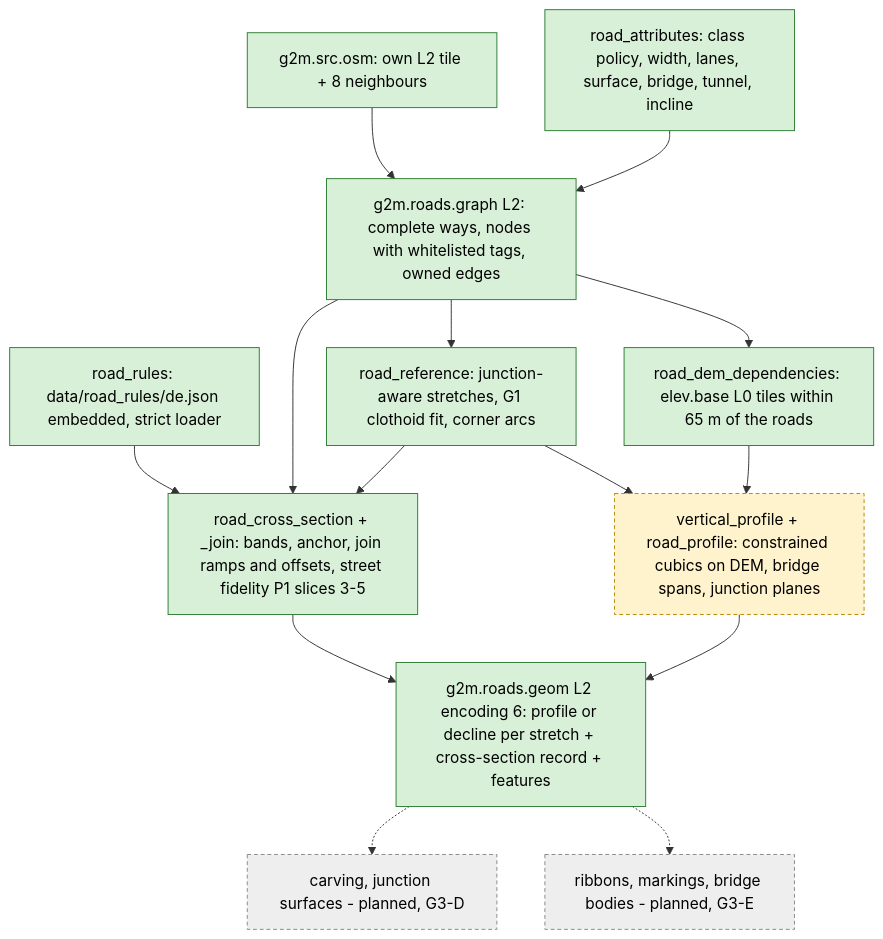
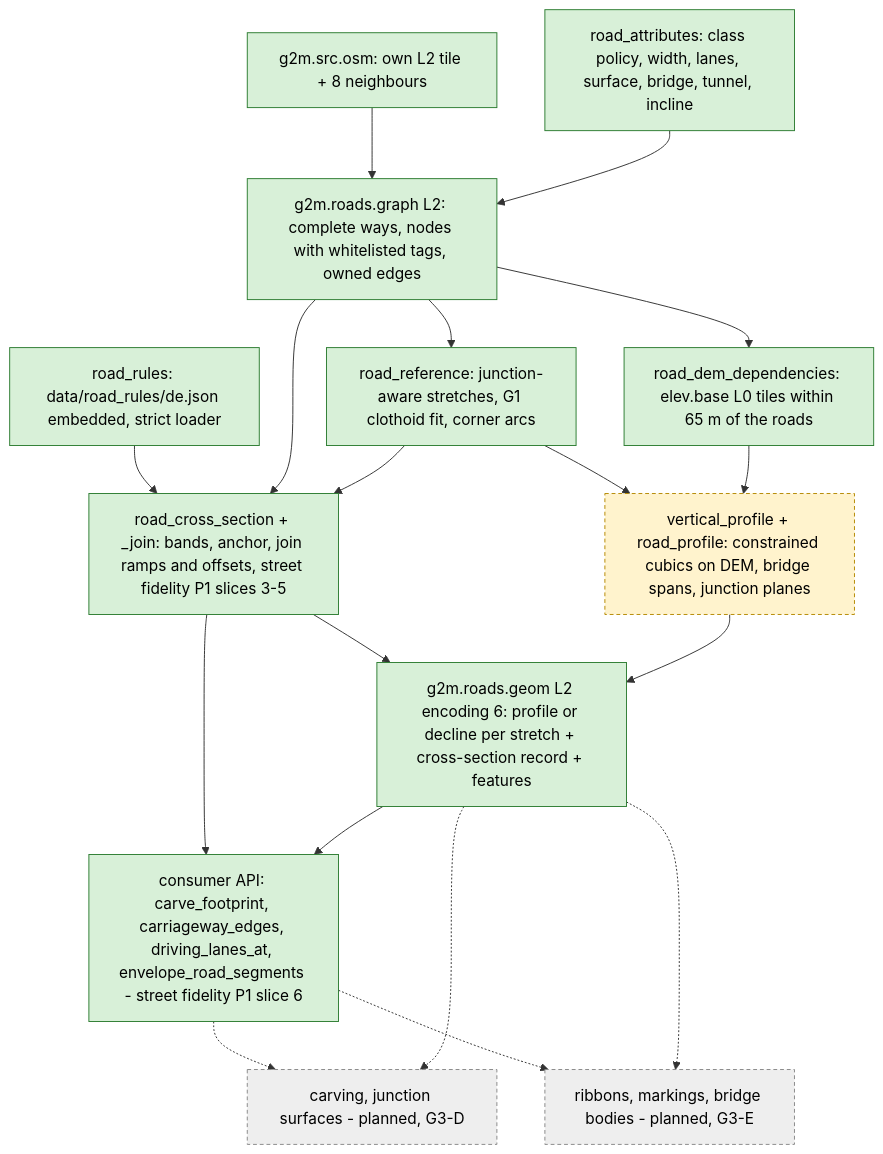
One commit to SebastianDanielFrenz/geo2map_engine changed the diagram in docs/pipeline/roads.md. Above: the diagram before and after it, drawn with Mermaid. The commit also changed other lines of this file and 10 other files, not shown here.

First line of the commit message:
street fidelity P1 slice 6: consumer API (carve footprint, lane queries, grip-raster envelope)

````diff
--- a/docs/pipeline/roads.md
+++ b/docs/pipeline/roads.md
@@ -7,31 +7,36 @@
 ```mermaid
 flowchart TD
   OSM9["g2m.src.osm: own L2 tile + 8 neighbours"]
   ATTR["road_attributes: class policy, width, lanes, surface, bridge, tunnel, incline"]
   GRAPH["g2m.roads.graph L2: complete ways, nodes with whitelisted tags, owned edges"]
   RULES["road_rules: data/road_rules/de.json embedded, strict loader"]
   XS["road_cross_section + _join: bands, anchor, join ramps and offsets, street fidelity P1 slices 3-5"]
+  API["consumer API: carve_footprint, carriageway_edges, driving_lanes_at, envelope_road_segments - street fidelity P1 slice 6"]
   REF["road_reference: junction-aware stretches, G1 clothoid fit, corner arcs"]
   DEMDEP["road_dem_dependencies: elev.base L0 tiles within 65 m of the roads"]
   PROF["vertical_profile + road_profile: constrained cubics on DEM, bridge spans, junction planes"]
   GEOM["g2m.roads.geom L2 encoding 6: profile or decline per stretch + cross-section record + features"]
   CARVE["carving, junction surfaces - planned, G3-D"]
   RIB["ribbons, markings, bridge bodies - planned, G3-E"]
   OSM9 --> GRAPH
   ATTR --> GRAPH
   GRAPH --> REF --> PROF
   GRAPH --> DEMDEP --> PROF
   RULES --> XS
   GRAPH --> XS
   REF --> XS
   XS --> GEOM
   PROF --> GEOM
+  XS --> API
+  GEOM --> API
+  API -.-> CARVE
+  API -.-> RIB
   GEOM -.-> CARVE
   GEOM -.-> RIB
   classDef done fill:#d8f0d8,stroke:#2e7d32,color:#000;
   classDef part fill:#fff3cd,stroke:#b58900,stroke-dasharray:4 3,color:#000;
   classDef plan fill:#eeeeee,stroke:#888888,stroke-dasharray:4 3,color:#000;
-  class OSM9,ATTR,GRAPH,REF,DEMDEP,GEOM,RULES,XS done;
+  class OSM9,ATTR,GRAPH,REF,DEMDEP,GEOM,RULES,XS,API done;
   class PROF part;
   class CARVE,RIB plan;
 ```
````
